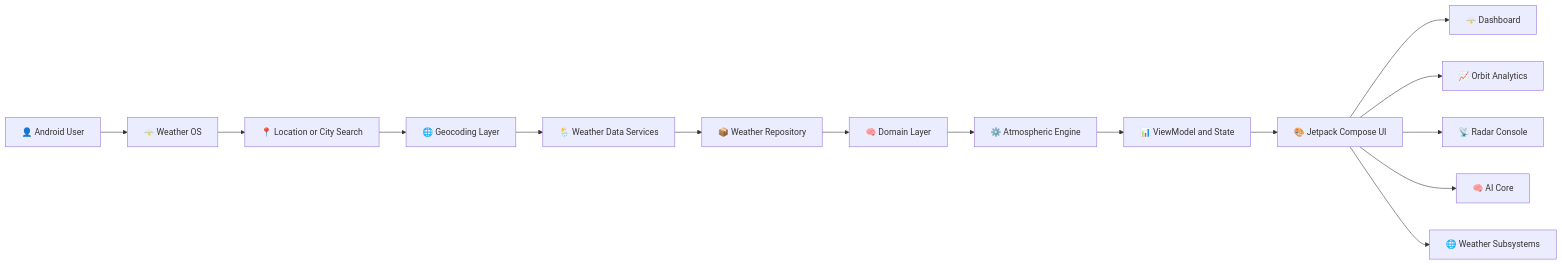
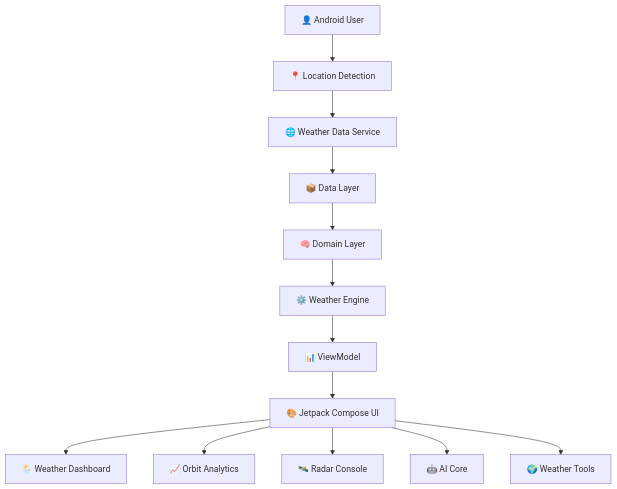
The first of 3 diagrams in README.md (sovanshit/Weather-OS), drawn with Mermaid before and after one commit. The commit also changed other lines of this file, not shown here.

````diff
--- a/README.md
+++ b/README.md
@@ -215,29 +171,29 @@
 ```mermaid
-flowchart LR
+flowchart TD
 
 A[👤 Android User]
 
-A --> B[🌩️ Weather OS]
+A --> B[📍 Location Detection]
 
-B --> C[📍 Location or City Search]
+B --> C[🌐 Weather Data Service]
 
-C --> D[🌐 Geocoding Layer]
+C --> D[📦 Data Layer]
 
-D --> E[🌦️ Weather Data Services]
+D --> E[🧠 Domain Layer]
 
-E --> F[📦 Weather Repository]
+E --> F[⚙️ Weather Engine]
 
-F --> G[🧠 Domain Layer]
+F --> G[📊 ViewModel]
 
-G --> H[⚙️ Atmospheric Engine]
+G --> H[🎨 Jetpack Compose UI]
 
-H --> I[📊 ViewModel and State]
+H --> I[🌦️ Weather Dashboard]
 
-I --> J[🎨 Jetpack Compose UI]
+H --> J[📈 Orbit Analytics]
 
-J --> K1[🌩️ Dashboard]
-J --> K2[📈 Orbit Analytics]
-J --> K3[📡 Radar Console]
-J --> K4[🧠 AI Core]
-J --> K5[🌐 Weather Subsystems]
+H --> K[🛰️ Radar Console]
+
+H --> L[🤖 AI Core]
+
+H --> M[🌍 Weather Tools]
 ```
````
